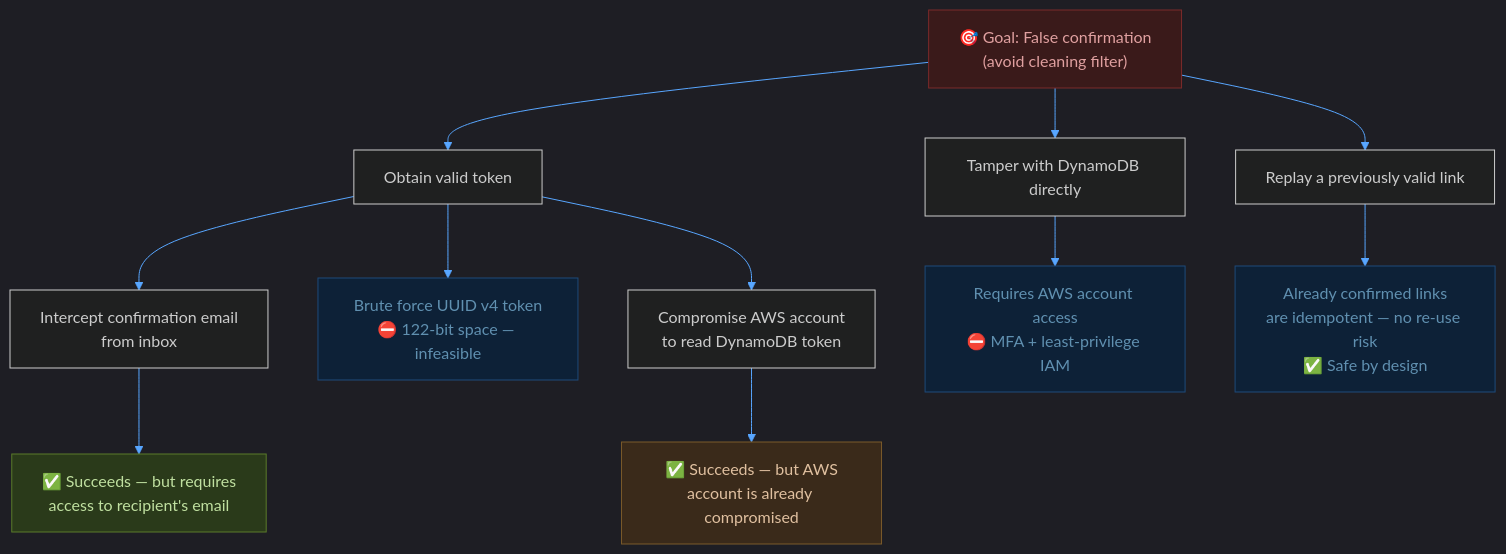
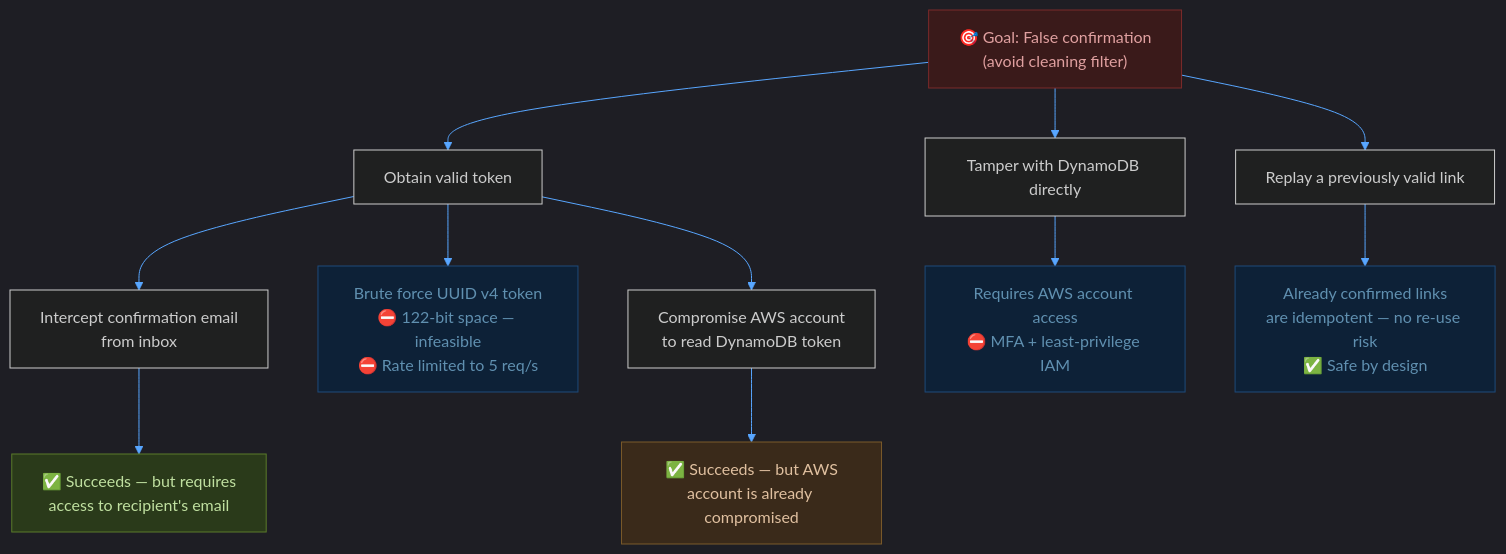
One commit to baldrickuk/washingmachine-notifications changed the fifth of 6 diagrams in docs/threat-model.md. Above: the diagram before and after it, drawn with Mermaid. The commit also changed other lines of this file and 1 other file, not shown here.

First line of the commit message:
Update architecture and threat model docs

````diff
--- a/docs/threat-model.md
+++ b/docs/threat-model.md
@@ -190,28 +221,28 @@
 ```mermaid
 %%{init: {'theme': 'dark', 'themeVariables': {'primaryColor': '#1e3a5f', 'primaryTextColor': '#c9d1d9', 'primaryBorderColor': '#4a7ab5', 'lineColor': '#58a6ff', 'edgeLabelBackground': '#0d1117'}}}%%
 
 flowchart TD
     GOAL["🎯 Goal: False confirmation\n(avoid cleaning filter)"]
 
     GOAL --> A["Obtain valid token"]
     GOAL --> B["Tamper with DynamoDB directly"]
     GOAL --> C["Replay a previously valid link"]
 
     A --> A1["Intercept confirmation email\nfrom inbox"]
-    A --> A2["Brute force UUID v4 token\n⛔ 122-bit space — infeasible"]
+    A --> A2["Brute force UUID v4 token\n⛔ 122-bit space — infeasible\n⛔ Rate limited to 5 req/s"]
     A --> A3["Compromise AWS account\nto read DynamoDB token"]
 
     B --> B1["Requires AWS account access\n⛔ MFA + least-privilege IAM"]
 
     C --> C1["Already confirmed links\nare idempotent — no re-use risk\n✅ Safe by design"]
 
     A1 --> WIN1["✅ Succeeds — but requires\naccess to recipient's email"]
     A3 --> WIN2["✅ Succeeds — but AWS\naccount is already compromised"]
 
     style GOAL fill:#3a1a1a,stroke:#7a2a2a,color:#e0a0a0
     style WIN1 fill:#2a3a1a,stroke:#5a7a2a,color:#c0e0a0
     style WIN2 fill:#3a2a1a,stroke:#7a5a2a,color:#e0c0a0
     style A2 fill:#0d2137,stroke:#1e4a7a,color:#6090b0
     style B1 fill:#0d2137,stroke:#1e4a7a,color:#6090b0
     style C1 fill:#0d2137,stroke:#1e4a7a,color:#6090b0
 ```
````
